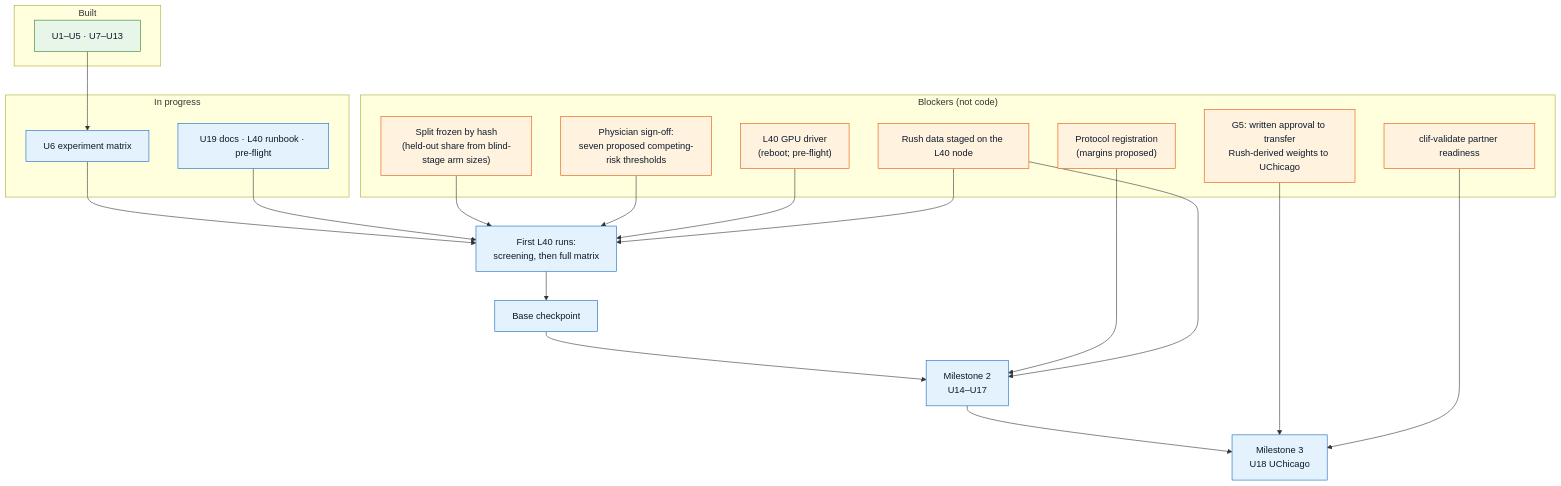
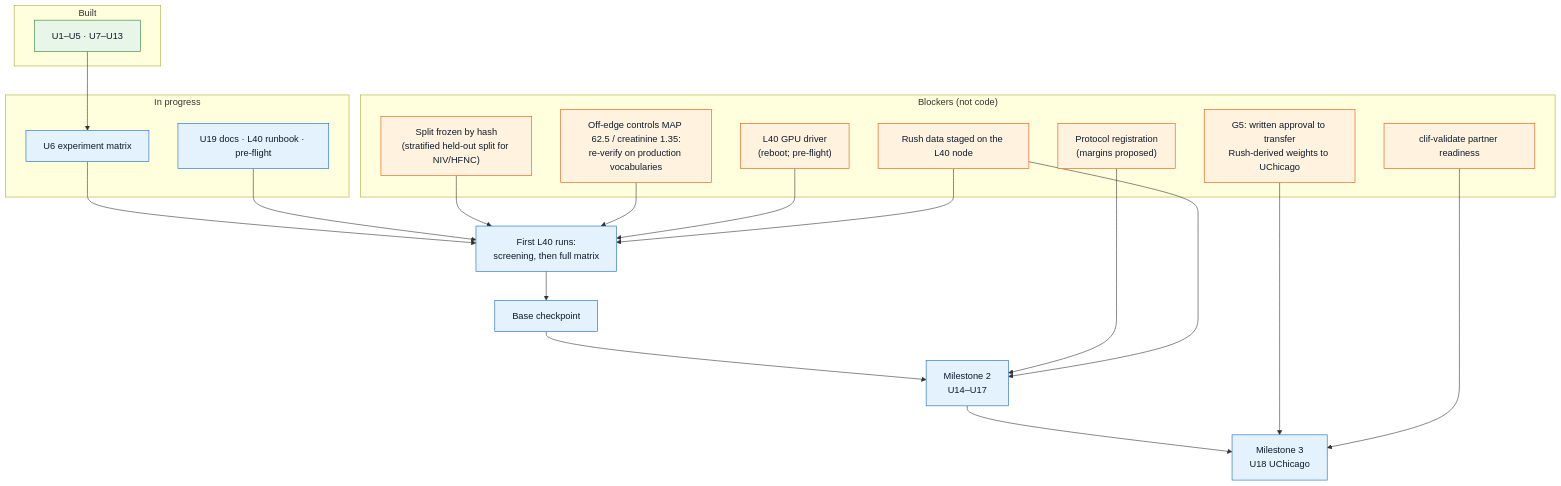
One commit to sajor2000/clifatron2.0 changed the diagram in website/docs/project-status.md. Above: the diagram before and after it, drawn with Mermaid. The commit also changed other lines of this file and 31 other files, not shown here.

First line of the commit message:
feat: apply the product authority's clinical decisions to thresholds, trial matching and the split

````diff
--- a/website/docs/project-status.md
+++ b/website/docs/project-status.md
@@ -51,40 +51,40 @@
 ```mermaid
 flowchart TB
     subgraph DONE["Built"]
         L["U1–U5 · U7–U13"]
     end
     subgraph NOW["In progress"]
         U6["U6 experiment matrix"]
         U19["U19 docs · L40 runbook · pre-flight"]
     end
     subgraph GATES["Blockers (not code)"]
-        G1["Split frozen by hash<br/>(held-out share from blind-stage arm sizes)"]
-        G2["Physician sign-off:<br/>seven proposed competing-risk thresholds"]
+        G1["Split frozen by hash<br/>(stratified held-out split for NIV/HFNC)"]
+        G2["Off-edge controls MAP 62.5 / creatinine 1.35:<br/>re-verify on production vocabularies"]
         G3["Rush data staged on the L40 node"]
         G4["L40 GPU driver<br/>(reboot; pre-flight)"]
         G5["G5: written approval to transfer<br/>Rush-derived weights to UChicago"]
         G6["clif-validate partner readiness"]
         G7["Protocol registration<br/>(margins proposed)"]
     end
 
     L --> U6 --> RUN["First L40 runs:<br/>screening, then full matrix"]
     U19 --> RUN
     G1 --> RUN
     G2 --> RUN
     G4 --> RUN
     G3 --> RUN
     RUN --> CK["Base checkpoint"]
     CK --> M2["Milestone 2<br/>U14–U17"]
     G7 --> M2
     G3 --> M2
     M2 --> M3["Milestone 3<br/>U18 UChicago"]
     G5 --> M3
     G6 --> M3
 
     classDef done fill:#e8f5e9,stroke:#2e7d32,color:#0d1b2a;
     classDef gate fill:#fff3e0,stroke:#e65100,color:#0d1b2a;
     classDef work fill:#e3f2fd,stroke:#1565c0,color:#0d1b2a;
     class L done;
     class G1,G2,G3,G4,G5,G6,G7 gate;
     class U6,U19,RUN,CK,M2,M3 work;
 ```
````
